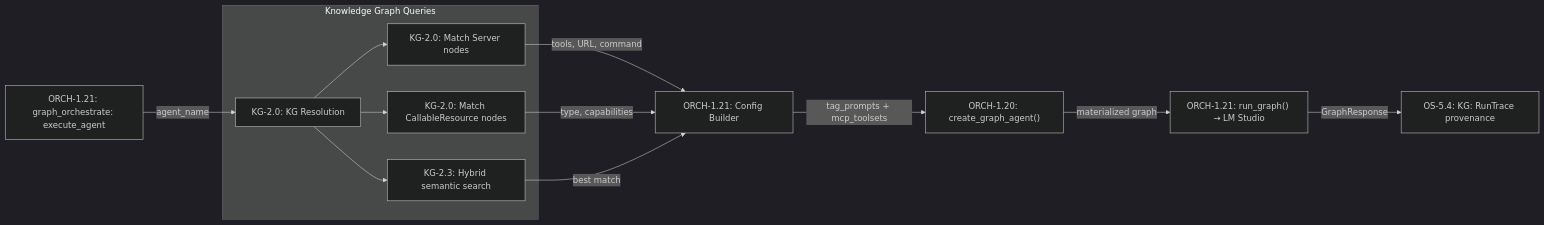
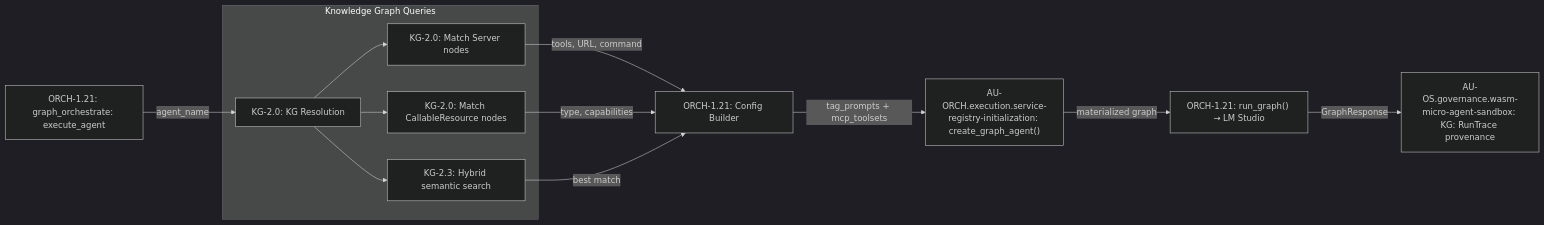
One commit to Knuckles-Team/agent-utilities changed the diagram in docs/pillars/1_graph_orchestration/ORCH-1.8-Agent_Runner.md. Above: the diagram before and after it, drawn with Mermaid (dark theme). The commit also changed other lines of this file and 2324 other files, not shown here.

First line of the commit message:
OKF-CIS atomic cutover on agent-utilities (AU-OS.governance.okf-cis-standard)

````diff
--- a/docs/pillars/1_graph_orchestration/ORCH-1.8-Agent_Runner.md
+++ b/docs/pillars/1_graph_orchestration/ORCH-1.8-Agent_Runner.md
@@ -23,17 +23,17 @@
 ```mermaid
 flowchart LR
     CMD["ORCH-1.21: graph_orchestrate: execute_agent"] -->|"agent_name"| RESOLVE["KG-2.0: KG Resolution"]
 
     subgraph KG ["Knowledge Graph Queries"]
         RESOLVE --> SRV["KG-2.0: Match Server nodes"]
         RESOLVE --> RES["KG-2.0: Match CallableResource nodes"]
         RESOLVE --> SEM["KG-2.3: Hybrid semantic search"]
     end
 
     SRV -->|"tools, URL, command"| CONFIG["ORCH-1.21: Config Builder"]
     RES -->|"type, capabilities"| CONFIG
     SEM -->|"best match"| CONFIG
-    CONFIG -->|"tag_prompts + mcp_toolsets"| GRAPH["ORCH-1.20: create_graph_agent()"]
+    CONFIG -->|"tag_prompts + mcp_toolsets"| GRAPH["AU-ORCH.execution.service-registry-initialization: create_graph_agent()"]
     GRAPH -->|"materialized graph"| RUN["ORCH-1.21: run_graph() → LM Studio"]
-    RUN -->|"GraphResponse"| TRACE["OS-5.4: KG: RunTrace provenance"]
+    RUN -->|"GraphResponse"| TRACE["AU-OS.governance.wasm-micro-agent-sandbox: KG: RunTrace provenance"]
 ```
````
